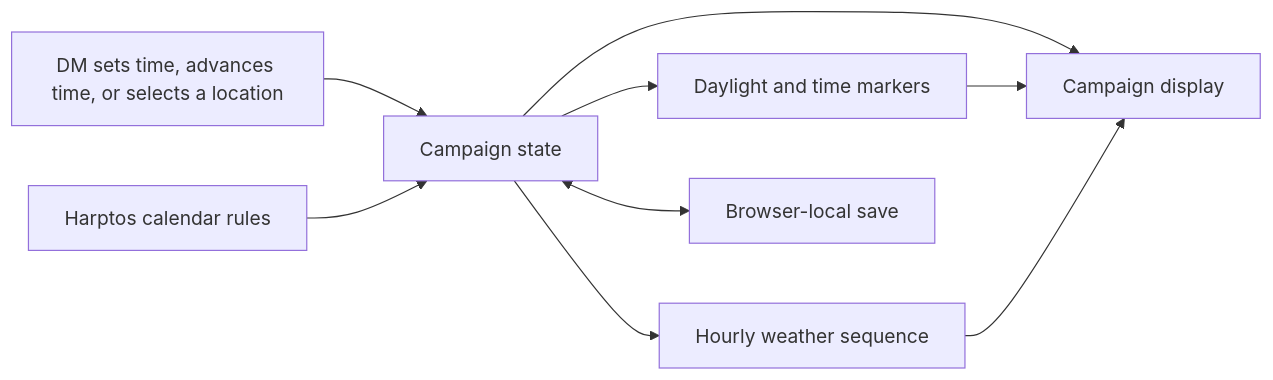
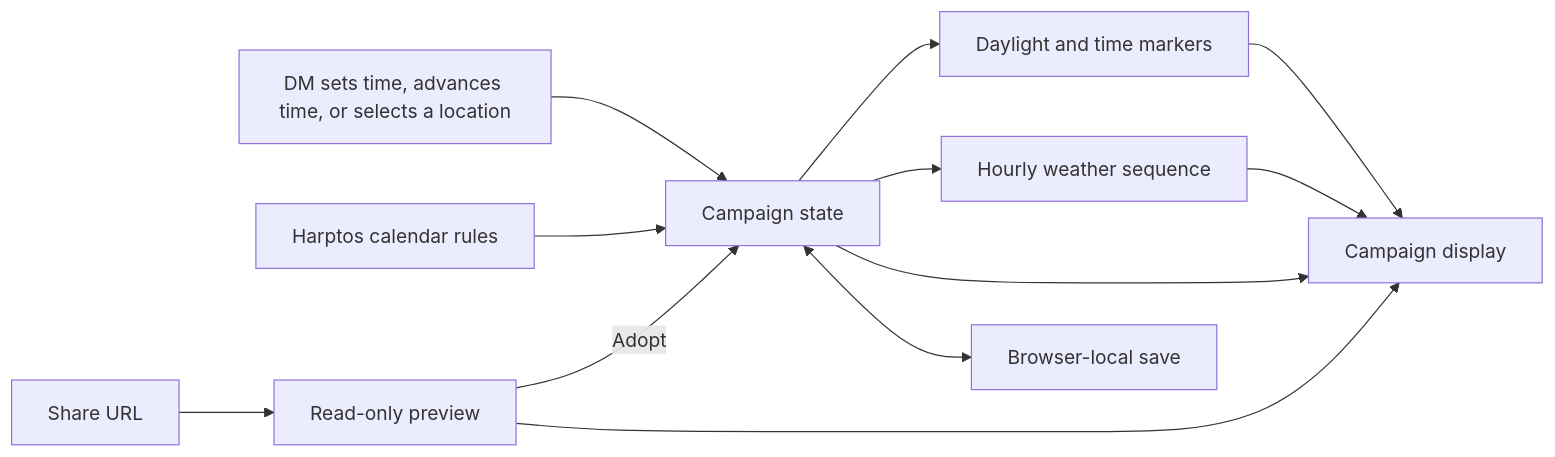
One commit to starbornone/harptos-calendar-tracker changed the diagram in docs/architecture.md. Above: the diagram before and after it, drawn with Mermaid. The commit also changed other lines of this file and 4 other files, not shown here.

````diff
--- a/docs/architecture.md
+++ b/docs/architecture.md
@@ -13,11 +15,14 @@
 ```mermaid
 flowchart LR
     Input[DM sets time, advances time, or selects a location] --> State[Campaign state]
     Harptos[Harptos calendar rules] --> State
+    Link[Share URL] --> Preview[Read-only preview]
+    Preview -->|Adopt| State
+    Preview --> Display
     State --> Daylight[Daylight and time markers]
     State --> Weather[Hourly weather sequence]
     State --> Display[Campaign display]
     Daylight --> Display
     Weather --> Display
     State <--> Save[Browser-local save]
 ```
````
